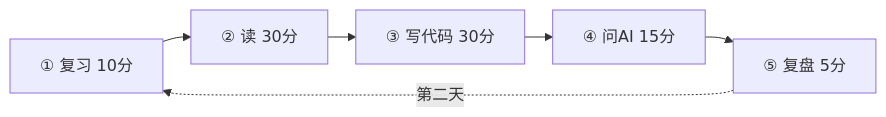
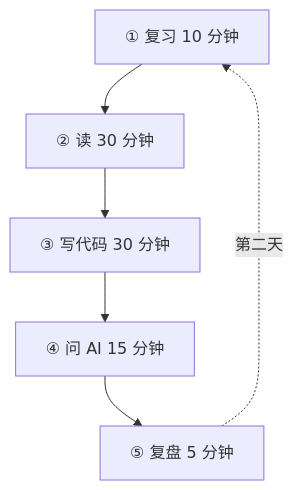
One commit to chenguanji0711/java-to-ai-roadmap changed the fourth of 4 diagrams in roadmap.md. Above: the diagram before and after it, drawn with Mermaid.

Commit message:
docs: 日课闭环改为纵向布局，彻底避免 GitHub iframe 横向溢出

````diff
--- a/roadmap.md
+++ b/roadmap.md
@@ -633,6 +633,8 @@
 ```mermaid
-%%{init: {"flowchart": {"nodeSpacing": 18, "rankSpacing": 28, "htmlLabels": true}} }%%
-flowchart LR
-    A["① 复习 10分"] --> B["② 读 30分"] --> C["③ 写代码 30分"] --> D["④ 问AI 15分"] --> E["⑤ 复盘 5分"]
+flowchart TD
+    A["① 复习 10 分钟"] --> B["② 读 30 分钟"]
+    B --> C["③ 写代码 30 分钟"]
+    C --> D["④ 问 AI 15 分钟"]
+    D --> E["⑤ 复盘 5 分钟"]
     E -.->|第二天| A
 ```
````
